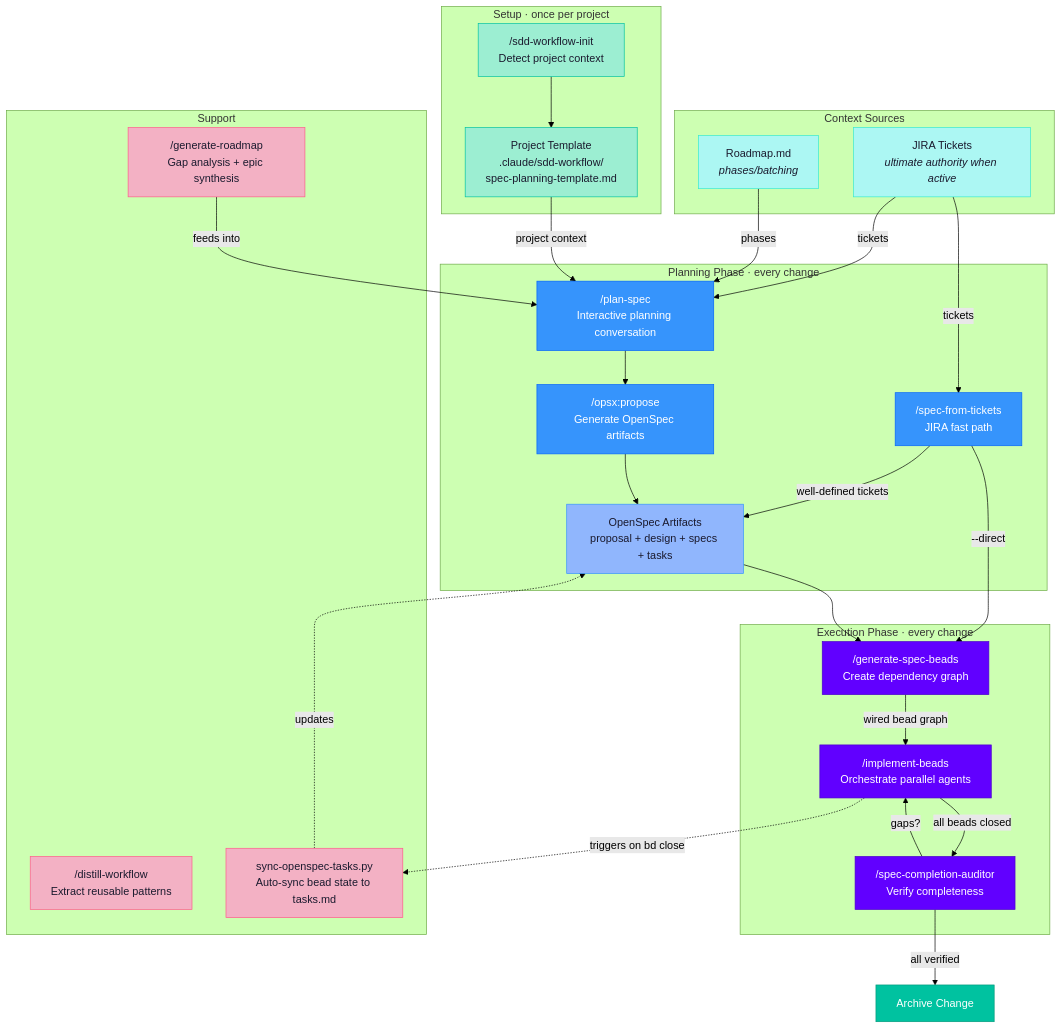
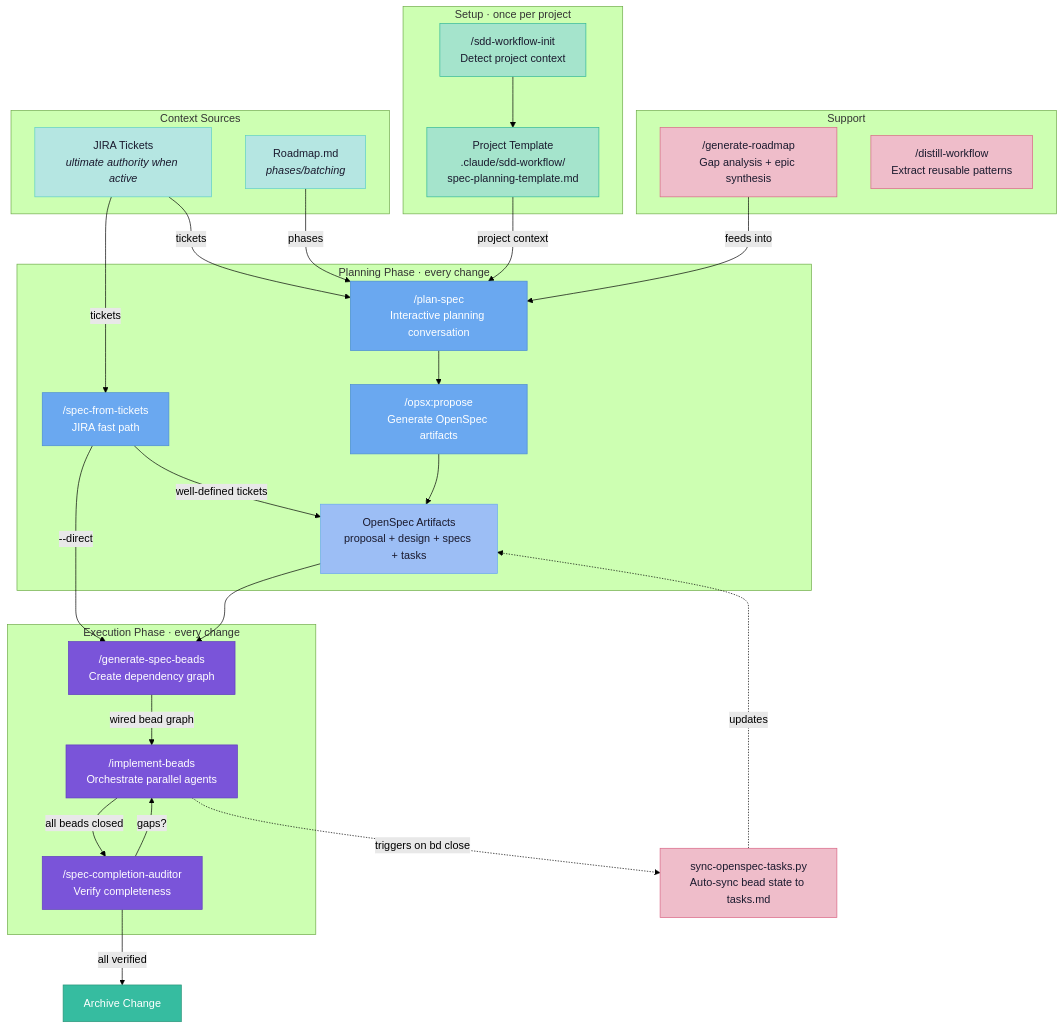
Before and after one commit to Sand2Silicon/sand2silicon-agentic-skills: the first of 5 diagrams in plugins/sdd-workflow/README.md, drawn with Mermaid (forest theme). The commit also changed other lines of this file, not shown here.

````diff
--- a/plugins/sdd-workflow/README.md
+++ b/plugins/sdd-workflow/README.md
@@ -30,58 +49,59 @@
 ```mermaid
 flowchart TD
-    classDef context fill:#acf7f3,stroke:#36ead0,color:#1a1a2e
-    classDef setup fill:#9ceed2,stroke:#00c2a0,color:#1a1a2e
-    classDef planning fill:#3694fc,stroke:#0263fb,color:#fff
-    classDef artifact fill:#90b6fd,stroke:#3694fc,color:#1a1a2e
-    classDef execution fill:#6100ff,stroke:#4a00cc,color:#fff
-    classDef support fill:#f3b1c4,stroke:#ff5b8a,color:#1a1a2e
-    classDef success fill:#00c2a0,stroke:#009a7c,color:#fff
+    classDef context fill:#b5e6e2,stroke:#5ecfc5,color:#1a1a2e
+    classDef setup fill:#a5e4cc,stroke:#32b898,color:#1a1a2e
+    classDef planning fill:#6aa8f0,stroke:#4a8bd4,color:#fff
+    classDef artifact fill:#9cbef5,stroke:#6aa8f0,color:#1a1a2e
+    classDef execution fill:#7a54d9,stroke:#5e3dbf,color:#fff
+    classDef support fill:#efbdca,stroke:#d96585,color:#1a1a2e
+    classDef success fill:#36bca0,stroke:#289478,color:#fff
 
     subgraph CTX [" Context Sources "]
         JIRA["JIRA Tickets<br/><i>ultimate authority when active</i>"]:::context
         RM["Roadmap.md<br/><i>phases/batching</i>"]:::context
     end
 
     subgraph SET [" Setup · once per project "]
         INIT["/sdd-workflow-init<br/>Detect project context"]:::setup
         PTPL["Project Template<br/>.claude/sdd-workflow/<br/>spec-planning-template.md"]:::setup
     end
 
     subgraph PLN [" Planning Phase · every change "]
         PS["/plan-spec<br/>Interactive planning conversation"]:::planning
         SFT["/spec-from-tickets<br/>JIRA fast path"]:::planning
         PROPOSE["/opsx:propose<br/>Generate OpenSpec artifacts"]:::planning
         OS["OpenSpec Artifacts<br/>proposal + design + specs + tasks"]:::artifact
     end
 
     subgraph EXE [" Execution Phase · every change "]
         GSB["/generate-spec-beads<br/>Create dependency graph"]:::execution
         IB["/implement-beads<br/>Orchestrate parallel agents"]:::execution
         SCA["/spec-completion-auditor<br/>Verify completeness"]:::execution
     end
 
     subgraph SUP [" Support "]
         GR["/generate-roadmap<br/>Gap analysis + epic synthesis"]:::support
         DW["/distill-workflow<br/>Extract reusable patterns"]:::support
-        SYNC["sync-openspec-tasks.py<br/>Auto-sync bead state to tasks.md"]:::support
     end
+
+    SYNC["sync-openspec-tasks.py<br/>Auto-sync bead state to tasks.md"]:::support
 
     INIT --> PTPL
     JIRA -->|"tickets"| PS
     JIRA -->|"tickets"| SFT
     RM -->|"phases"| PS
     PTPL -->|"project context"| PS
     PS --> PROPOSE
     SFT -->|"well-defined tickets"| OS
     SFT -->|"--direct"| GSB
     PROPOSE --> OS
     OS --> GSB
     GSB -->|"wired bead graph"| IB
     IB -->|"all beads closed"| SCA
     SCA -->|"gaps?"| IB
     SCA -->|"all verified"| ARCHIVE["Archive Change"]:::success
 
     GR -->|"feeds into"| PS
     IB -.->|"triggers on bd close"| SYNC
     SYNC -.->|"updates"| OS
 ```
````
